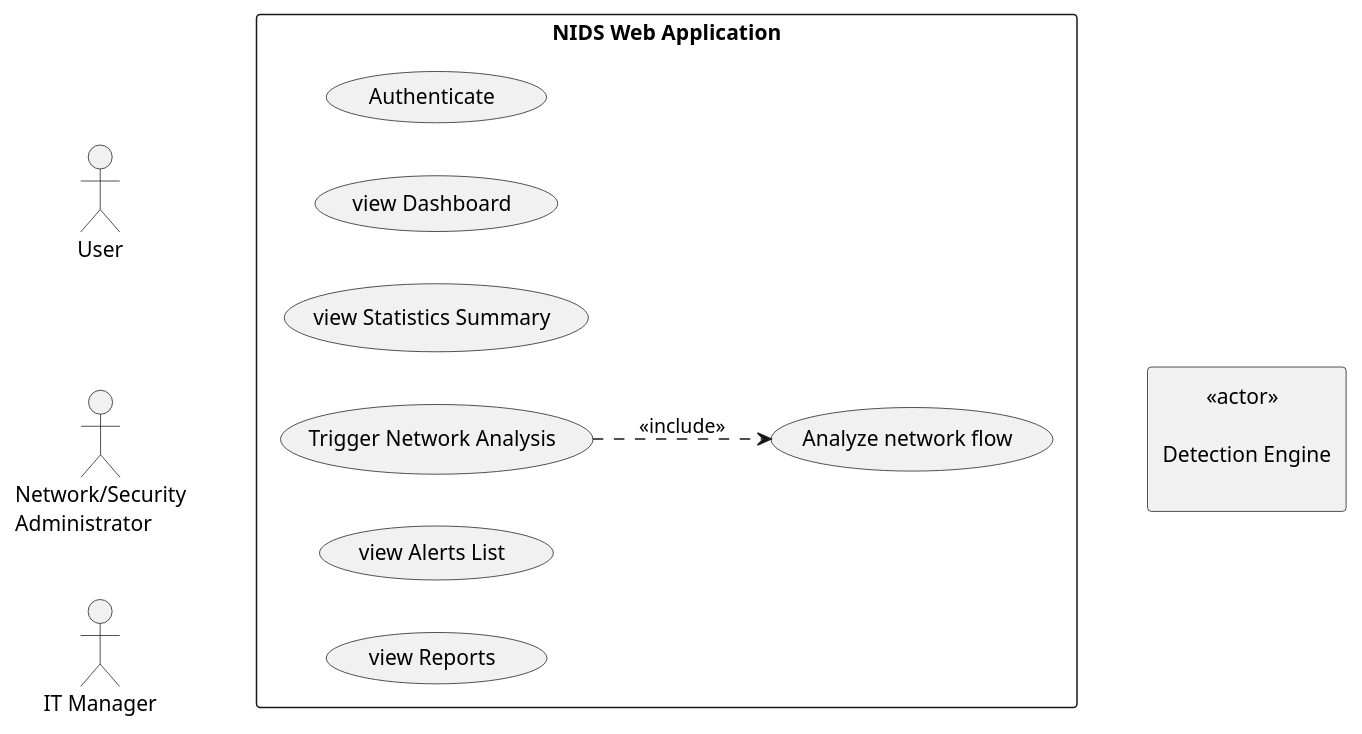
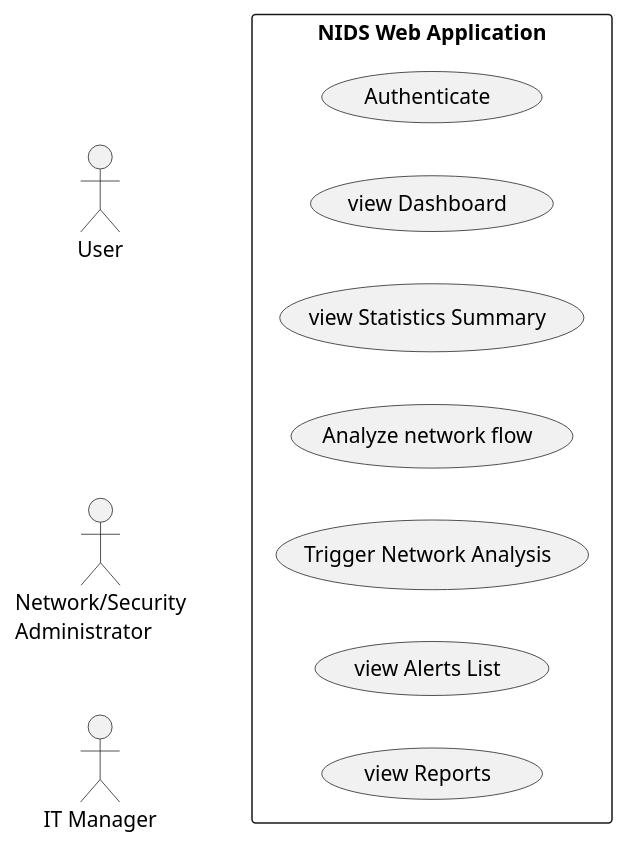
The diagram in diagrams/code/global-use-case.puml (Amira-BOUAFIF/pfe-nids-report), drawn with PlantUML before and after one commit. The commit also changed 12 other files, not shown here.

Commit message:
rapport update and some fixes on the diagrams

```diff
--- a/diagrams/code/global-use-case.puml
+++ b/diagrams/code/global-use-case.puml
@@ -2,44 +2,41 @@
 @startuml NIDS_UseCaseDiagram
 
 left to right direction
 skinparam packageStyle rectangle
 
 
 ' ─── Left Actors ──────────────────────────────────────
 actor "User" as user
 actor "Network/Security\nAdministrator" as Admin
 actor "IT Manager"                       as ITMgr
 
 ' ─── System Boundary ──────────────────────────────────
 rectangle "NIDS Web Application" {
     
     usecase "Authenticate" as UC03
     usecase "view Dashboard" as UC04
     usecase "view Statistics Summary" as UC05
     usecase "Analyze network flow"  as UC01
     usecase "Trigger Network Analysis" as UC02
     usecase "view Alerts List" as UC06
     usecase "view Reports" as UC07
     
 }
 
 ' ─── Right Actor ──────────────────────────────────────
-rectangle "        <<actor>>\n\nDetection Engine\n" as DE
 
 user -[hidden]- UC03
 user -[hidden]- UC04
 user -[hidden]- UC05
 
 ' ─── Admin associations ───────────────────────────────
 Admin -[hidden]- UC02
 Admin -[hidden]- UC06
 
 
 ' ─── IT Manager associations ──────────────────────────
 ITMgr -[hidden]- UC07
 
 ' ─── Detection Engine associations ───────────────────
-UC01 -[hidden]- DE
-UC02 ..> UC01 : <<include>>
 
 @enduml
```
